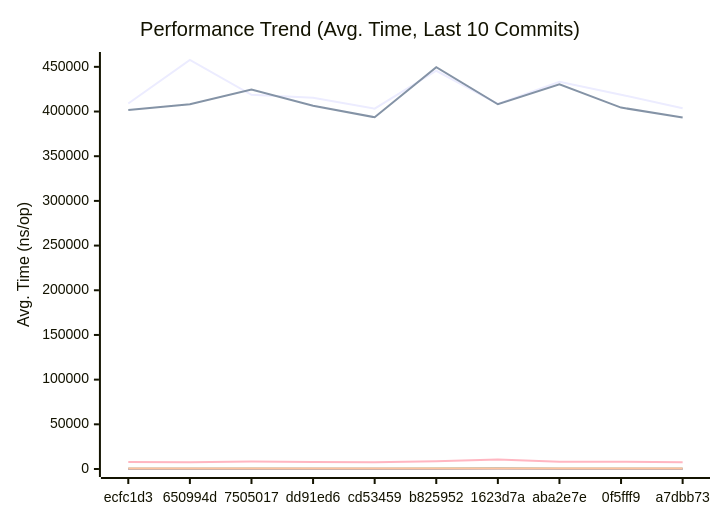
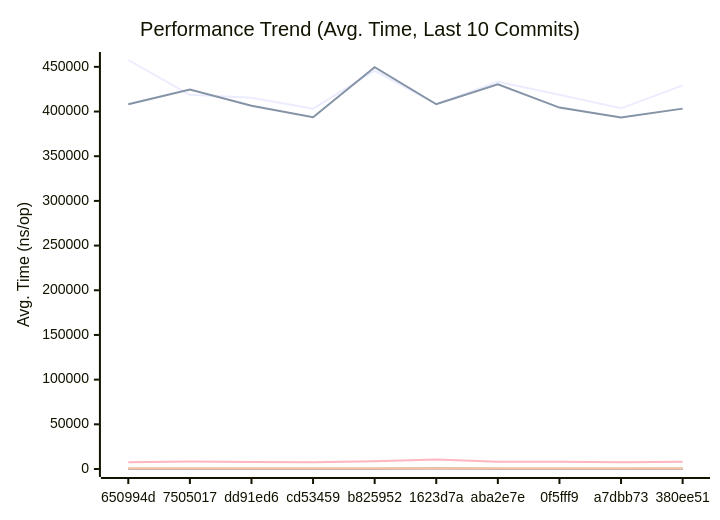
One commit to alsotoes/momo changed the first of 3 diagrams in docs/PERFORMANCE.md. Above: the diagram before and after it, drawn with Mermaid. The commit also changed other lines of this file and 11 other files, not shown here.

````diff
--- a/docs/PERFORMANCE.md
+++ b/docs/PERFORMANCE.md
@@ -145,20 +145,20 @@
 ```mermaid
 xychart-beta
     title "Performance Trend (Avg. Time, Last 10 Commits)"
     x-axis "Commit"
     y-axis "Avg. Time (ns/op)"
-    x-axis [ecfc1d3,650994d,7505017,dd91ed6,cd53459,b825952,1623d7a,aba2e7e,0f5fff9,a7dbb73]
-    line "AWSChunkedReaderSigned" [408990,457655,418649,415373,403249,445617,408424,433346,418811,403588]
-    line "AWSChunkedReaderUnsigned" [401783,408115,424530,406436,393596,449617,408148,430389,404420,393243]
-    line "CheckMetricsAndSwap" [8,8,8,7,8,8,9,8,8,7]
-    line "CrushOptimized" [304,306,309,294,287,358,356,303,301,284]
-    line "CrushOriginal" [407,394,422,407,389,441,568,411,382,396]
+    x-axis [650994d,7505017,dd91ed6,cd53459,b825952,1623d7a,aba2e7e,0f5fff9,a7dbb73,380ee51]
+    line "AWSChunkedReaderSigned" [457655,418649,415373,403249,445617,408424,433346,418811,403588,429229]
+    line "AWSChunkedReaderUnsigned" [408115,424530,406436,393596,449617,408148,430389,404420,393243,403247]
+    line "CheckMetricsAndSwap" [8,8,7,8,8,9,8,8,7,9]
+    line "CrushOptimized" [306,309,294,287,358,356,303,301,284,301]
+    line "CrushOriginal" [394,422,407,389,441,568,411,382,396,423]
     line "IndexDirectTracking" [0,0,0,0,0,0,0,0,0,0]
-    line "IndexSearch" [2,2,2,2,1,1,2,2,2,3]
-    line "LoadGlobalConfig" [7742,7670,8319,7911,7590,8718,10767,8040,8190,7563]
-    line "PadString" [40,38,40,39,36,44,55,40,53,37]
+    line "IndexSearch" [2,2,2,1,1,2,2,2,3,3]
+    line "LoadGlobalConfig" [7670,8319,7911,7590,8718,10767,8040,8190,7563,7976]
+    line "PadString" [38,40,39,36,44,55,40,53,37,39]
     line "ParseReplicationOrder_NoPrealloc" [350,349,357,354,345,225,229,165,232,234]
     line "ParseReplicationOrder_Prealloc" [229,231,237,234,229,108,107,80,110,109]
-    line "SanitizeLog/Safe" [396,398,416,401,396,419,499,416,418,222]
-    line "SanitizeLog/Unsafe" [514,487,506,541,482,602,485,511,532,643]
+    line "SanitizeLog/Safe" [398,416,401,396,419,499,416,418,222,229]
+    line "SanitizeLog/Unsafe" [487,506,541,482,602,485,511,532,643,668]
 ```
````
